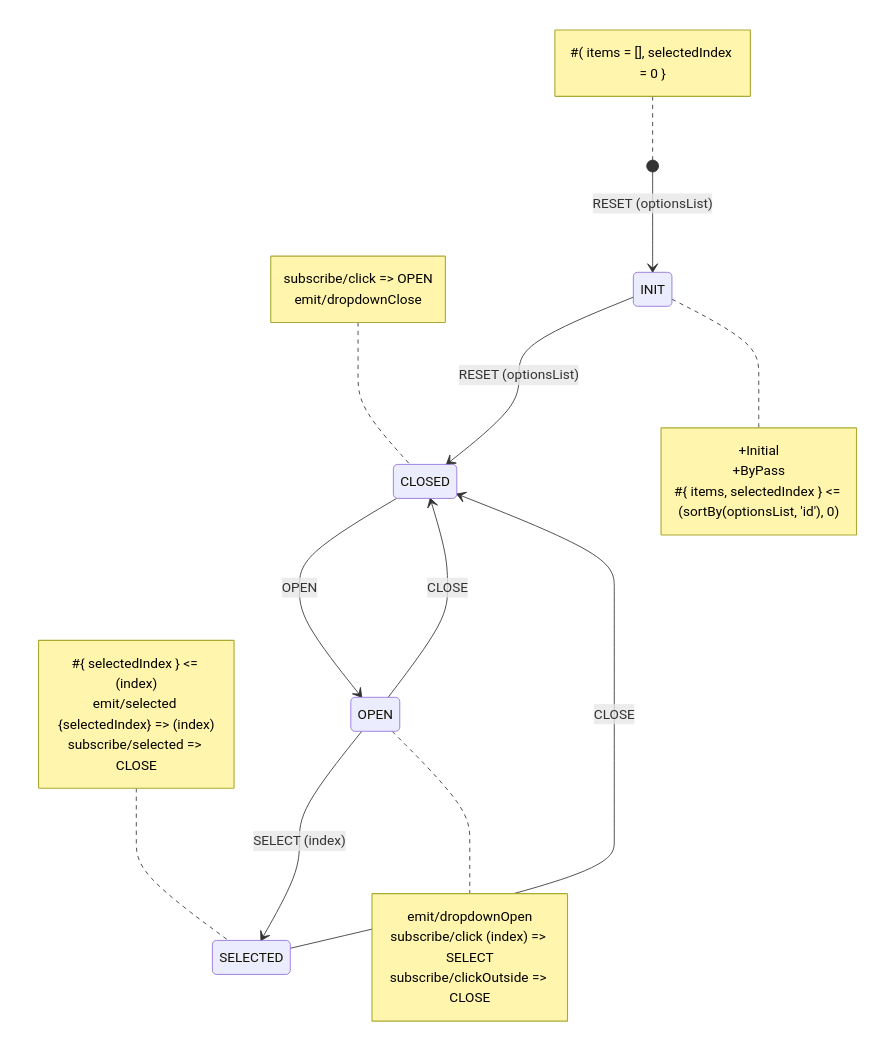
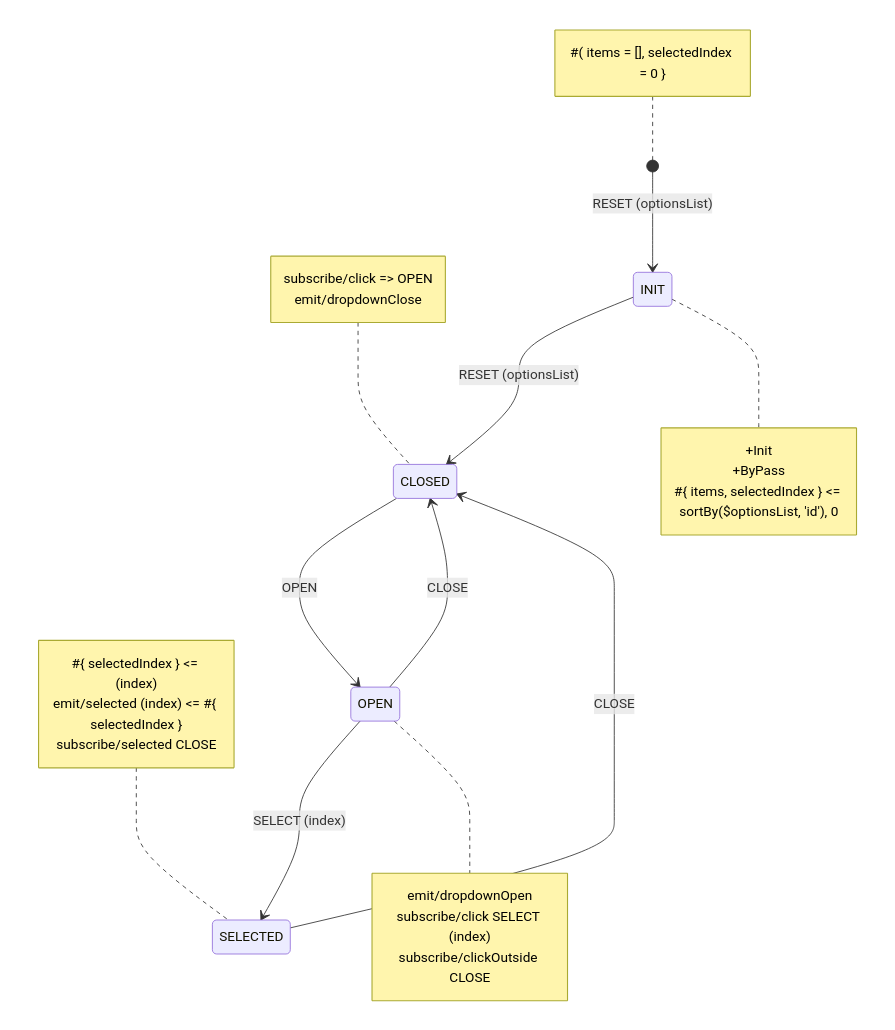
Before and after one commit to tfcp68/yantrix: the diagram in README.md, drawn with Mermaid. The commit also changed other lines of this file and 15 other files, not shown here.

````diff
--- a/README.md
+++ b/README.md
@@ -29,31 +35,31 @@
 ```mermaid
 stateDiagram-v2
-	[*] --> INIT: RESET (optionsList)
-    note left of [*]
-    #( items = [], selectedIndex = 0 }
-    end note
-    INIT-->CLOSED: RESET (optionsList)
-    CLOSED --> OPEN: OPEN
-    OPEN --> CLOSED: CLOSE
-    OPEN --> SELECTED: SELECT (index)
-    SELECTED --> CLOSED: CLOSE
-    note right of INIT
-    +Initial
-    +ByPass
-    #{ items, selectedIndex } <= (sortBy(optionsList, 'id'), 0)
-    end note
-    note left of CLOSED
-    subscribe/click => OPEN
-    emit/dropdownClose
-    end note
-    note left of SELECTED
-    #{ selectedIndex } <= (index)
-    emit/selected {selectedIndex} => (index)
-    subscribe/selected => CLOSE
-    end note
-    note right of OPEN
-    emit/dropdownOpen
-    subscribe/click (index) => SELECT
-    subscribe/clickOutside => CLOSE
-    end note
+    [*] --> INIT: RESET (optionsList)
+note left of [*]
+#( items = [], selectedIndex = 0 }
+end note
+INIT --> CLOSED: RESET (optionsList)
+CLOSED --> OPEN: OPEN
+OPEN --> CLOSED: CLOSE
+OPEN --> SELECTED: SELECT (index)
+SELECTED --> CLOSED: CLOSE
+note right of INIT
++Init
++ByPass
+#{ items, selectedIndex } <= sortBy($optionsList, 'id'), 0
+end note
+note left of CLOSED
+subscribe/click => OPEN
+emit/dropdownClose
+end note
+note left of SELECTED
+#{ selectedIndex } <= (index)
+emit/selected (index) <= #{ selectedIndex }
+subscribe/selected CLOSE
+end note
+note right of OPEN
+emit/dropdownOpen
+subscribe/click SELECT (index)
+subscribe/clickOutside CLOSE
+end note
 ```
````
